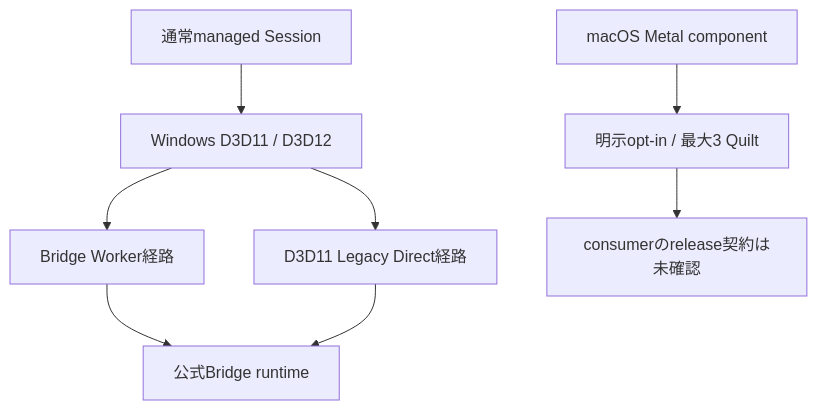
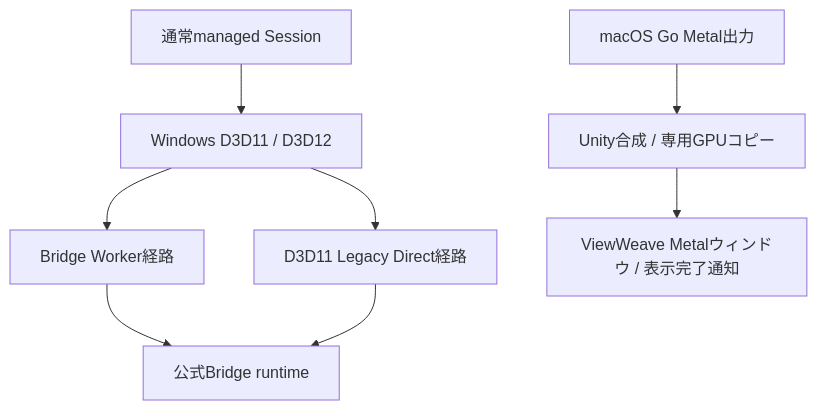
One commit to zabaglione/ViewWeave changed the diagram in docs/ja/graphics-backends.md. Above: the diagram before and after it, drawn with Mermaid. The commit also changed other lines of this file and 437 other files, not shown here.

First line of the commit message:
Add macOS Metal Go output and separate platform backends

````diff
--- a/docs/ja/graphics-backends.md
+++ b/docs/ja/graphics-backends.md
@@ -20,10 +21,10 @@
 ```mermaid
 flowchart TD
     Session["通常managed Session"] --> Windows["Windows D3D11 / D3D12"]
     Windows --> Worker["Bridge Worker経路"]
     Windows --> Legacy["D3D11 Legacy Direct経路"]
     Worker --> Bridge["公式Bridge runtime"]
     Legacy --> Bridge
-    Metal["macOS Metal component"] --> Gate["明示opt-in / 最大3 Quilt"]
-    Gate --> Contract["consumerのrelease契約は未確認"]
+    Metal["macOS Go Metal出力"] --> Interlace["Unity合成 / 専用GPUコピー"]
+    Interlace --> Window["ViewWeave Metalウィンドウ / 表示完了通知"]
 ```
````
